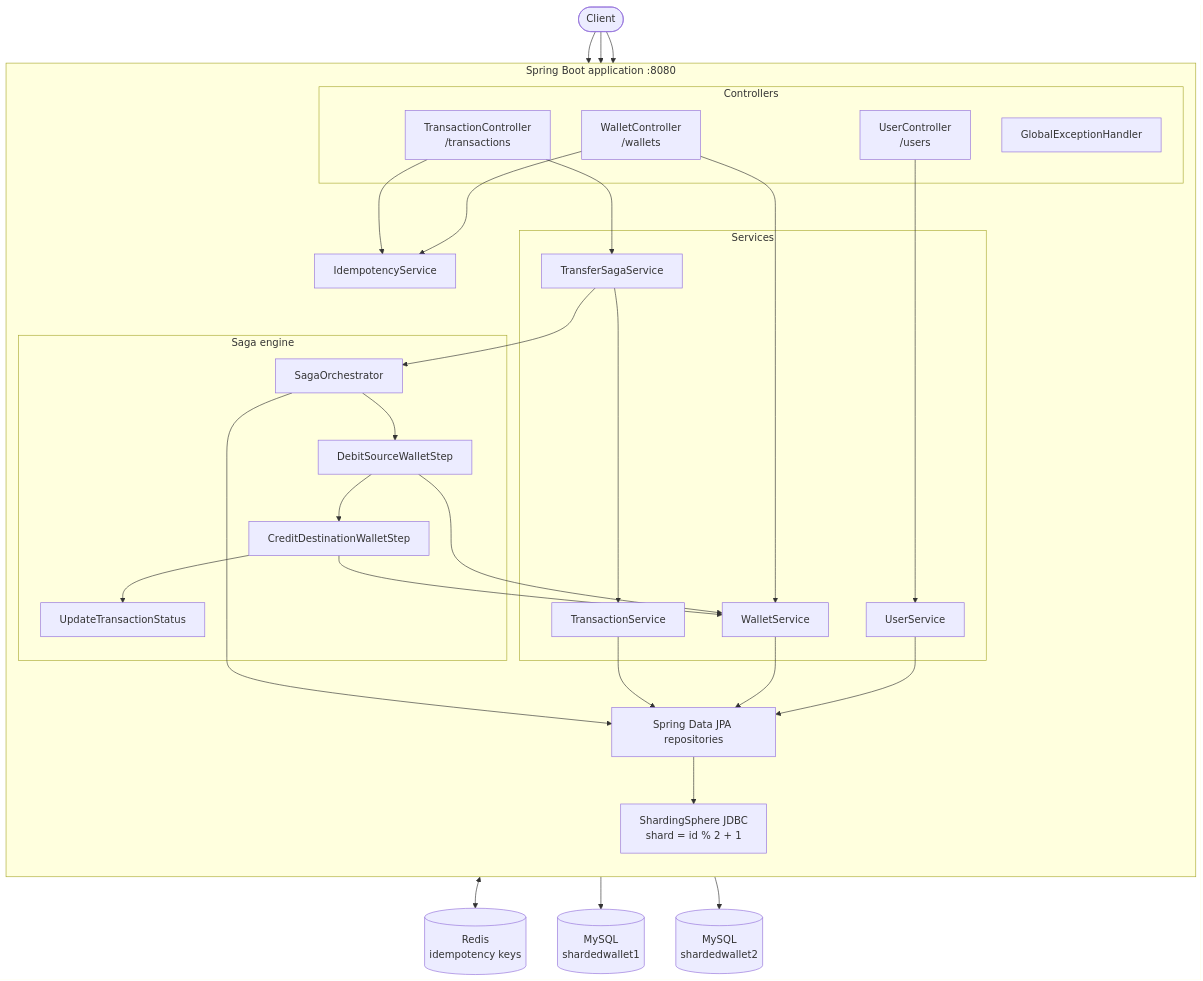
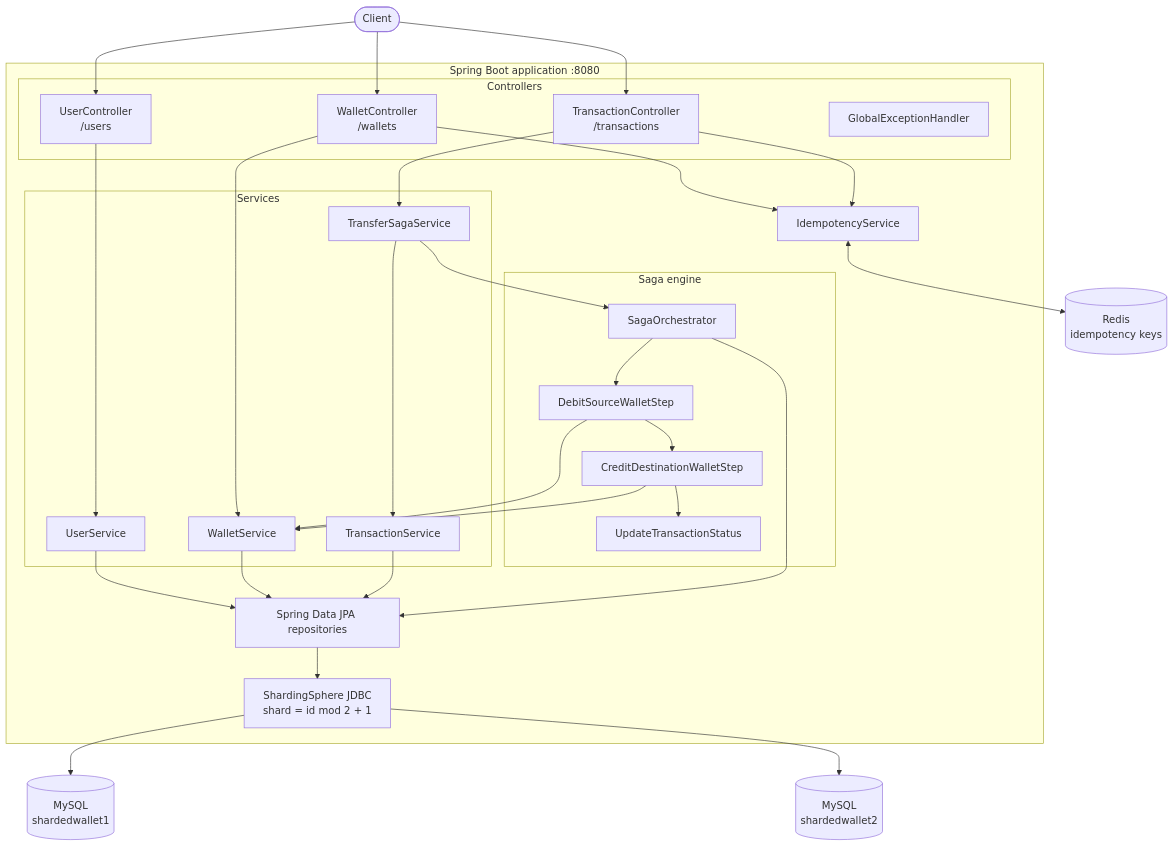
Before and after one commit to Hemantshankhwar/Sharded_wallet21: the first of 2 diagrams in README.md, drawn with Mermaid. The commit also changed other lines of this file and 2 other files, not shown here.

Commit message:
Add static frontend, enable persistent schema (ddl-auto=update), fix README diagram

````diff
--- a/README.md
+++ b/README.md
@@ -7,53 +7,58 @@
 ```mermaid
 flowchart TB
-    Client([Client])
+    Client(["Client"])
 
     subgraph App["Spring Boot application :8080"]
-        direction TB
         subgraph Web["Controllers"]
-            UC[UserController<br/>/users]
-            WC[WalletController<br/>/wallets]
-            TC[TransactionController<br/>/transactions]
-            GEH[GlobalExceptionHandler]
+            UC["UserController<br/>/users"]
+            WC["WalletController<br/>/wallets"]
+            TC["TransactionController<br/>/transactions"]
+            GEH["GlobalExceptionHandler"]
         end
 
-        IDEM[IdempotencyService]
+        IDEM["IdempotencyService"]
 
         subgraph Svc["Services"]
-            US[UserService]
-            WS[WalletService]
-            TS[TransactionService]
-            TSS[TransferSagaService]
+            US["UserService"]
+            WS["WalletService"]
+            TS["TransactionService"]
+            TSS["TransferSagaService"]
         end
 
         subgraph Saga["Saga engine"]
-            ORCH[SagaOrchestrator]
-            S1[DebitSourceWalletStep]
-            S2[CreditDestinationWalletStep]
-            S3[UpdateTransactionStatus]
+            ORCH["SagaOrchestrator"]
+            S1["DebitSourceWalletStep"]
+            S2["CreditDestinationWalletStep"]
+            S3["UpdateTransactionStatus"]
         end
 
-        REPO[Spring Data JPA repositories]
-        SS[ShardingSphere JDBC<br/>shard = id % 2 + 1]
+        REPO["Spring Data JPA repositories"]
+        SS["ShardingSphere JDBC<br/>shard = id mod 2 + 1"]
     end
 
-    Redis[(Redis<br/>idempotency keys)]
-    DB1[(MySQL<br/>shardedwallet1)]
-    DB2[(MySQL<br/>shardedwallet2)]
+    Redis[("Redis<br/>idempotency keys")]
+    DB1[("MySQL<br/>shardedwallet1")]
+    DB2[("MySQL<br/>shardedwallet2")]
 
-    Client --> UC & WC & TC
+    Client --> UC
+    Client --> WC
+    Client --> TC
     WC --> IDEM
     TC --> IDEM
     IDEM <--> Redis
     UC --> US
     WC --> WS
     TC --> TSS
     TSS --> TS
     TSS --> ORCH
     ORCH --> S1 --> S2 --> S3
-    S1 & S2 --> WS
-    US & WS & TS & ORCH --> REPO
+    S1 --> WS
+    S2 --> WS
+    US --> REPO
+    WS --> REPO
+    TS --> REPO
+    ORCH --> REPO
     REPO --> SS
     SS --> DB1
     SS --> DB2
 ```
````
